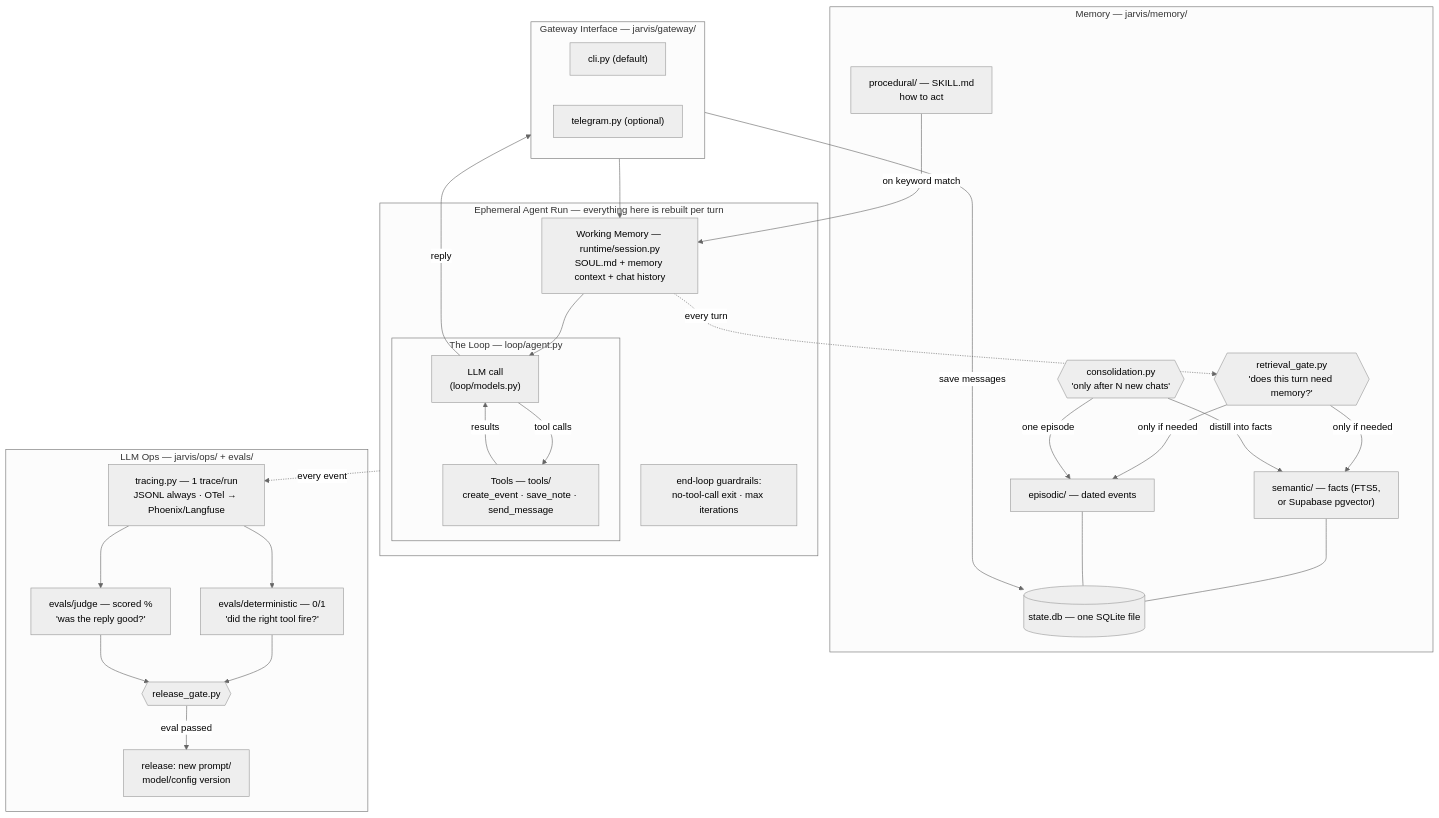
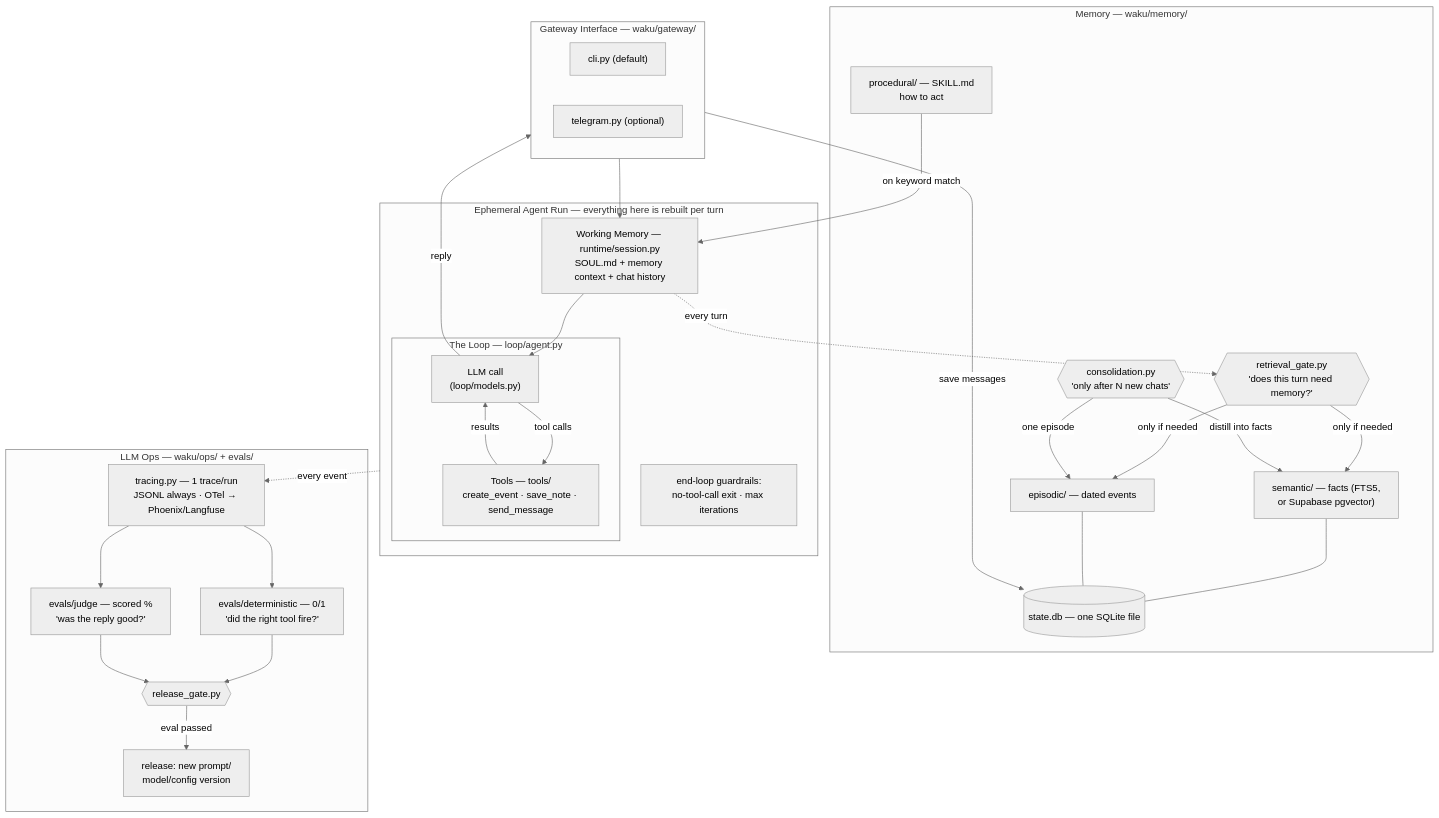
One commit to qiqiqia777/mini-hermes changed the diagram in docs/architecture.md. Above: the diagram before and after it, drawn with Mermaid (neutral theme). The commit also changed 94 other files, not shown here.

First line of the commit message:
Rename the whole project: jarvis → waku (package, class, env, home) and launch-jarvis → waku-agent

````diff
--- a/docs/architecture.md
+++ b/docs/architecture.md
@@ -7,48 +7,48 @@
 ```mermaid
 flowchart TB
-    subgraph GW["Gateway Interface — jarvis/gateway/"]
+    subgraph GW["Gateway Interface — waku/gateway/"]
         CLI["cli.py (default)"]
         TG["telegram.py (optional)"]
     end
 
     subgraph RUN["Ephemeral Agent Run — everything here is rebuilt per turn"]
         WM["Working Memory — runtime/session.py<br/>SOUL.md + memory context + chat history"]
         subgraph LOOP["The Loop — loop/agent.py"]
             LLM["LLM call<br/>(loop/models.py)"]
             TOOLS["Tools — tools/<br/>create_event · save_note · send_message"]
             LLM -->|tool calls| TOOLS -->|results| LLM
         end
         WM --> LLM
         GUARD["end-loop guardrails:<br/>no-tool-call exit · max iterations"]
     end
 
     GW --> WM
     LLM -->|reply| GW
 
-    subgraph MEM["Memory — jarvis/memory/"]
+    subgraph MEM["Memory — waku/memory/"]
         GATE{{"retrieval_gate.py<br/>'does this turn need memory?'"}}
         PROC["procedural/ — SKILL.md<br/>how to act"]
         SEM["semantic/ — facts (FTS5,<br/>or Supabase pgvector)"]
         EPI["episodic/ — dated events"]
         CONS{{"consolidation.py<br/>'only after N new chats'"}}
         DB[("state.db — one SQLite file")]
     end
 
     WM -.->|every turn| GATE
     GATE -->|only if needed| SEM & EPI
     PROC -->|on keyword match| WM
     GW -->|save messages| DB
     CONS -->|distill into facts| SEM
     CONS -->|one episode| EPI
     SEM & EPI --- DB
 
-    subgraph OPS["LLM Ops — jarvis/ops/ + evals/"]
+    subgraph OPS["LLM Ops — waku/ops/ + evals/"]
         TRACE["tracing.py — 1 trace/run<br/>JSONL always · OTel → Phoenix/Langfuse"]
         DET["evals/deterministic — 0/1<br/>'did the right tool fire?'"]
         JUDGE["evals/judge — scored %<br/>'was the reply good?'"]
         RGATE{{"release_gate.py"}}
         TRACE --> DET & JUDGE --> RGATE -->|eval passed| SHIP["release: new prompt/<br/>model/config version"]
     end
 
     RUN -.->|every event| TRACE
 ```
````
